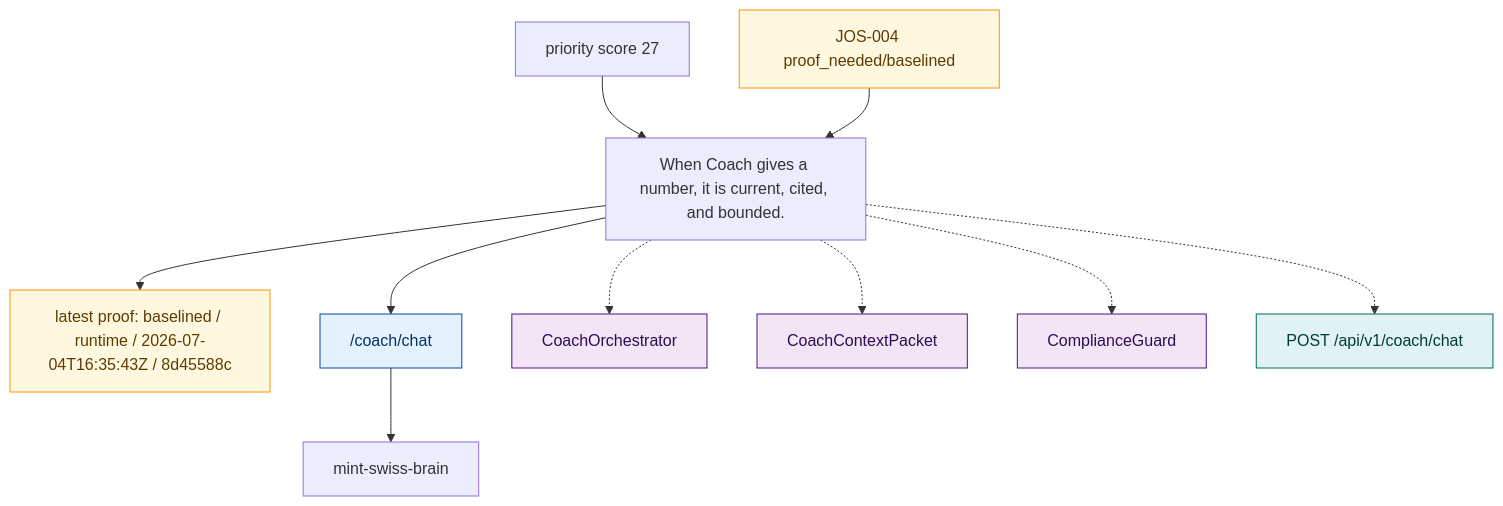
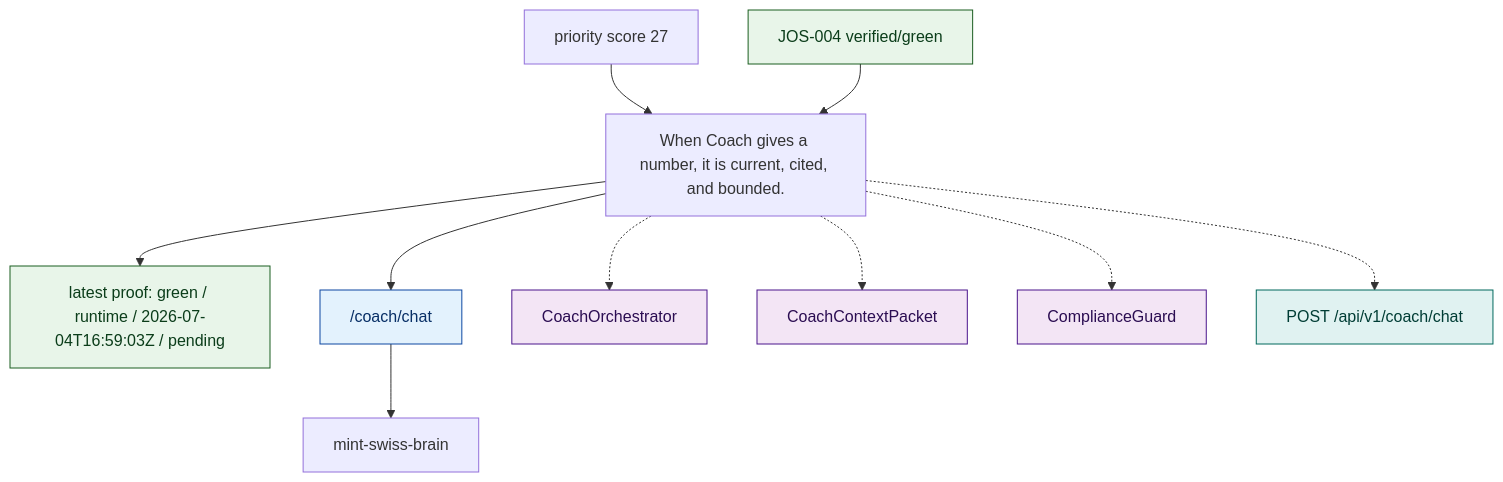
The diagram in .planning/journeys/diagrams/coach_advice_turn.mmd (MINT-IA/MINT), drawn with Mermaid before and after one commit. The commit also changed 13 other files, not shown here.

Commit message:
fix(runtime): stabilize maestro ios proof

```diff
--- a/.planning/journeys/diagrams/coach_advice_turn.mmd
+++ b/.planning/journeys/diagrams/coach_advice_turn.mmd
@@ -1,36 +1,36 @@
 %% Generated from .planning/journeys/records/coach_advice_turn.json
 flowchart TD
   promise["When Coach gives a number, it is current, cited, and bounded."]
   team["mint-swiss-brain"]
-  latest["latest proof: baselined / runtime / 2026-07-04T16:35:43Z / 8d45588c"]
+  latest["latest proof: green / runtime / 2026-07-04T16:59:03Z / pending"]
   promise --> latest
   classDef green fill:#e8f5e9,stroke:#1b5e20,color:#0b3d1a;
   classDef red fill:#ffebee,stroke:#b71c1c,color:#5f1111;
   classDef amber fill:#fff8e1,stroke:#ff8f00,color:#5f3b00;
   classDef blocked fill:#eceff1,stroke:#455a64,color:#263238;
   classDef neutral fill:#f5f5f5,stroke:#616161,color:#212121;
   classDef route fill:#e3f2fd,stroke:#0d47a1,color:#082f66;
   classDef surface fill:#f3e5f5,stroke:#4a148c,color:#2b0d52;
   classDef api fill:#e0f2f1,stroke:#00695c,color:#003d35;
-  class latest amber
+  class latest green
   priority["priority score 27"]
   priority --> promise
   route_coach_chat["/coach/chat"]
   promise --> route_coach_chat
   route_coach_chat --> team
   class route_coach_chat route
   surface_CoachOrchestrator["CoachOrchestrator"]
   promise -.-> surface_CoachOrchestrator
   class surface_CoachOrchestrator surface
   surface_CoachContextPacket["CoachContextPacket"]
   promise -.-> surface_CoachContextPacket
   class surface_CoachContextPacket surface
   surface_ComplianceGuard["ComplianceGuard"]
   promise -.-> surface_ComplianceGuard
   class surface_ComplianceGuard surface
   api_POST_api_v1_coach_chat["POST /api/v1/coach/chat"]
   promise -.-> api_POST_api_v1_coach_chat
   class api_POST_api_v1_coach_chat api
-  issue_JOS_004["JOS-004 proof_needed/baselined"]
+  issue_JOS_004["JOS-004 verified/green"]
   issue_JOS_004 --> promise
-  class issue_JOS_004 amber
+  class issue_JOS_004 green
```
